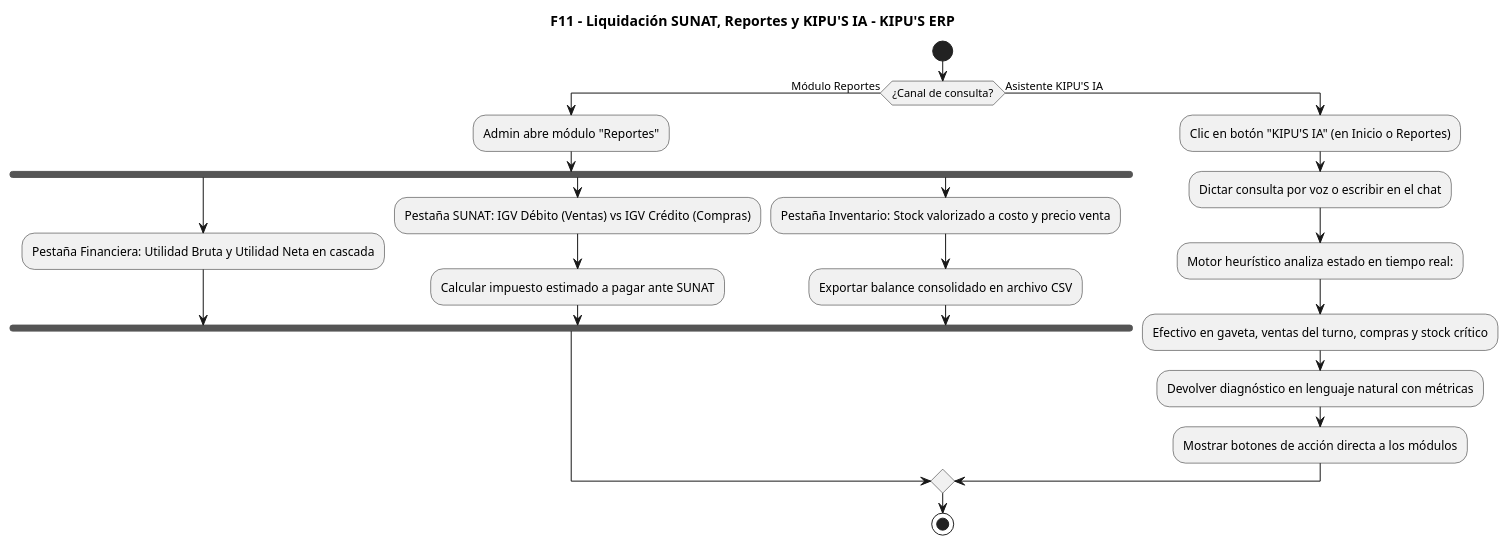
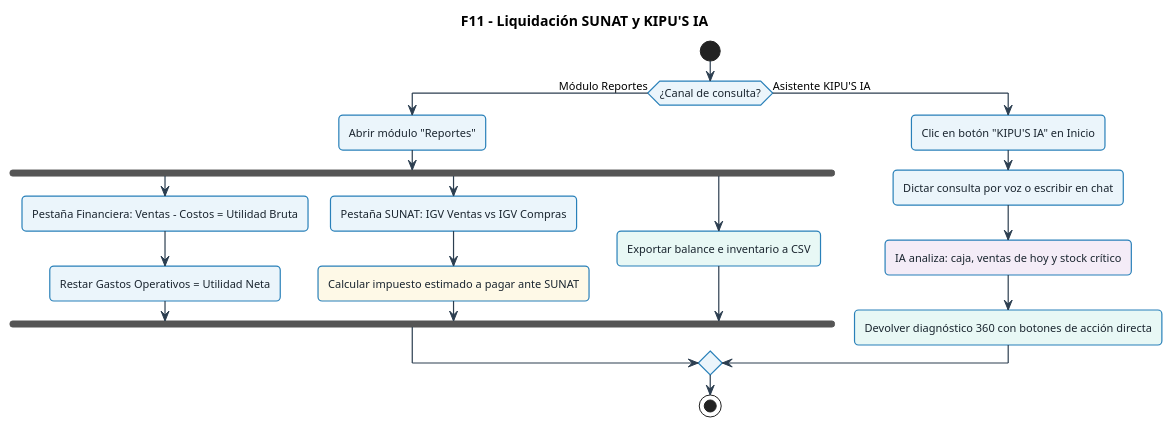
The diagram in docs/UML-flujos/11_reportes_sunat_ia.puml (xmenil/ERP-KIPUS), drawn with PlantUML before and after one commit. The commit also changed 23 other files, not shown here.

Commit message:
docs(uml): simplificar flujos con estilo Bizagi BPMN coloreado y regenerar imagenes PNG

```diff
--- a/docs/UML-flujos/11_reportes_sunat_ia.puml
+++ b/docs/UML-flujos/11_reportes_sunat_ia.puml
@@ -1,28 +1,49 @@
 @startuml
-skinparam monochrome true
+skinparam defaultFontName "Segoe UI", Arial, sans-serif
+skinparam defaultFontSize 11
+skinparam roundCorner 8
 skinparam shadowing false
+skinparam ArrowColor #2C3E50
+skinparam ArrowThickness 1.2
 
-title F11 - Liquidación SUNAT, Reportes y KIPU'S IA - KIPU'S ERP
+skinparam activity {
+  BackgroundColor #EBF5FB
+  BorderColor #2980B9
+  BorderThickness 1.2
+  FontColor #1A252F
+}
+skinparam decision {
+  BackgroundColor #FEF9E7
+  BorderColor #F39C12
+  BorderThickness 1.2
+  FontColor #7D6608
+}
+skinparam start {
+  Color #27AE60
+}
+skinparam stop {
+  Color #C0392B
+}
+
+title F11 - Liquidación SUNAT y KIPU'S IA
 
 start
 if (¿Canal de consulta?) then (Módulo Reportes)
-  :Admin abre módulo "Reportes";
+  :Abrir módulo "Reportes";
   fork
-    :Pestaña Financiera: Utilidad Bruta y Utilidad Neta en cascada;
+    :Pestaña Financiera: Ventas - Costos = Utilidad Bruta;
+    :Restar Gastos Operativos = Utilidad Neta;
   fork again
-    :Pestaña SUNAT: IGV Débito (Ventas) vs IGV Crédito (Compras);
-    :Calcular impuesto estimado a pagar ante SUNAT;
+    :Pestaña SUNAT: IGV Ventas vs IGV Compras;
+    #FEF9E7:Calcular impuesto estimado a pagar ante SUNAT;
   fork again
-    :Pestaña Inventario: Stock valorizado a costo y precio venta;
-    :Exportar balance consolidado en archivo CSV;
+    #E8F8F5:Exportar balance e inventario a CSV;
   end fork
 else (Asistente KIPU'S IA)
-  :Clic en botón "KIPU'S IA" (en Inicio o Reportes);
-  :Dictar consulta por voz o escribir en el chat;
-  :Motor heurístico analiza estado en tiempo real:;
-  :Efectivo en gaveta, ventas del turno, compras y stock crítico;
-  :Devolver diagnóstico en lenguaje natural con métricas;
-  :Mostrar botones de acción directa a los módulos;
+  :Clic en botón "KIPU'S IA" en Inicio;
+  :Dictar consulta por voz o escribir en chat;
+  #F4ECF7:IA analiza: caja, ventas de hoy y stock crítico;
+  #E8F8F5:Devolver diagnóstico 360 con botones de acción directa;
 endif
 stop
 @enduml
```
